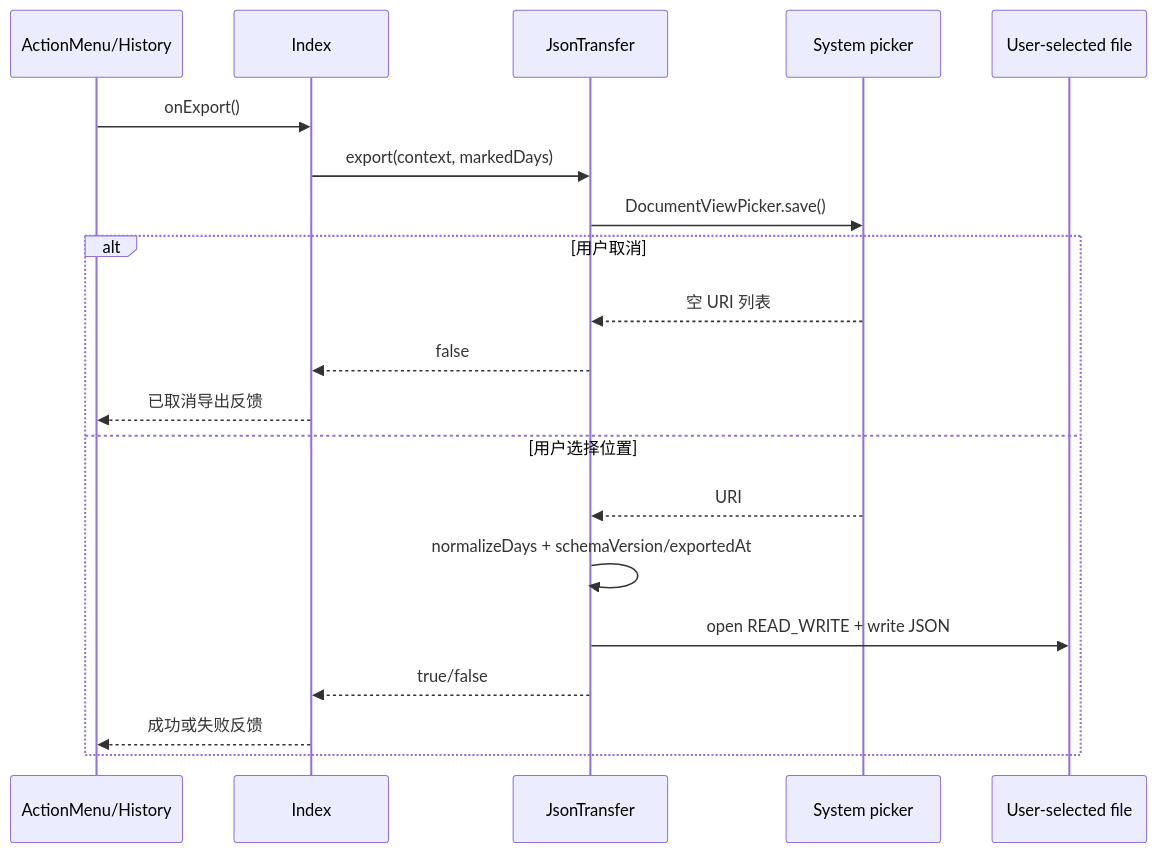
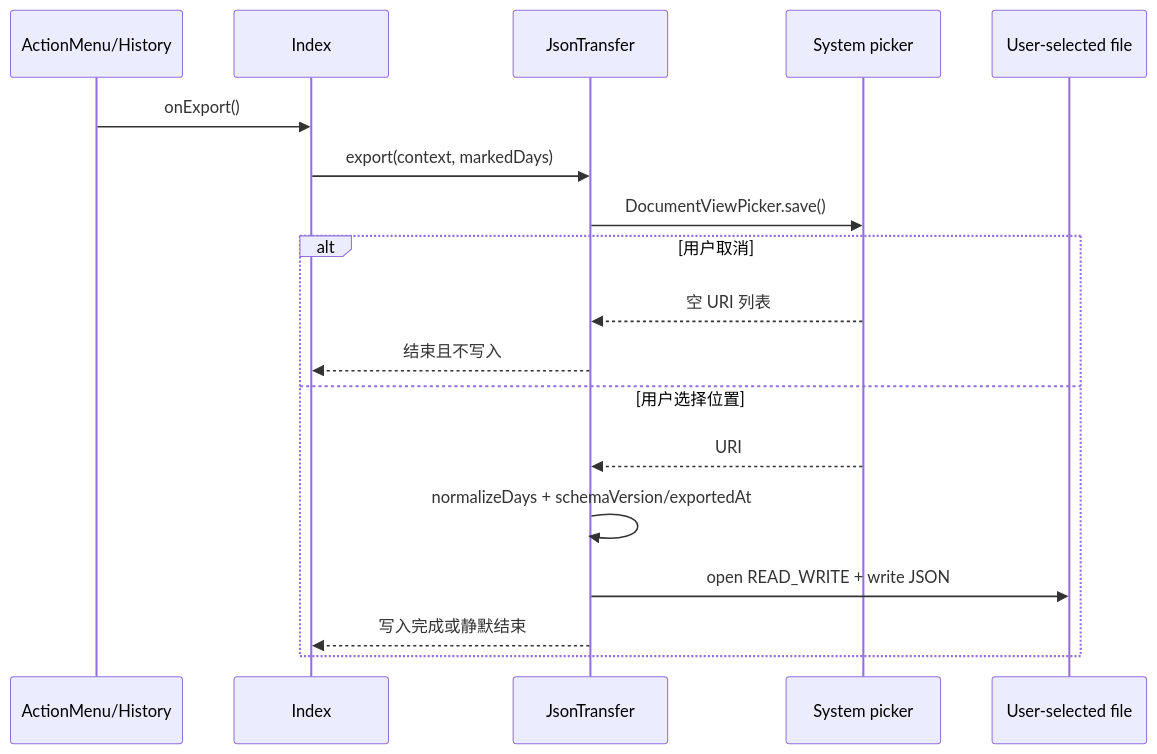
Before and after one commit to Kiruno-lz/hercula: the fourth of 4 diagrams in docs/architecture/data-flow.md, drawn with Mermaid. The commit also changed other lines of this file and 16 other files, not shown here.

Commit message:
docs: consolidate architecture guidance - Consolidate project and architecture guidance in README.md, docs/README.md, docs/architecture, and docs/research - Preserve the refactor boundaries and verification plan in docs/architecture/10-refactor-plan.md

````diff
--- a/docs/architecture/data-flow.md
+++ b/docs/architecture/data-flow.md
@@ -189,23 +190,21 @@
 ```mermaid
 sequenceDiagram
   participant M as ActionMenu/History
   participant I as Index
   participant J as JsonTransfer
   participant P as System picker
   participant F as User-selected file
 
   M->>I: onExport()
   I->>J: export(context, markedDays)
   J->>P: DocumentViewPicker.save()
   alt 用户取消
     P-->>J: 空 URI 列表
-    J-->>I: false
-    I-->>M: 已取消导出反馈
+    J-->>I: 结束且不写入
   else 用户选择位置
     P-->>J: URI
     J->>J: normalizeDays + schemaVersion/exportedAt
     J->>F: open READ_WRITE + write JSON
-    J-->>I: true/false
-    I-->>M: 成功或失败反馈
+    J-->>I: 写入完成或静默结束
   end
 ```
````
